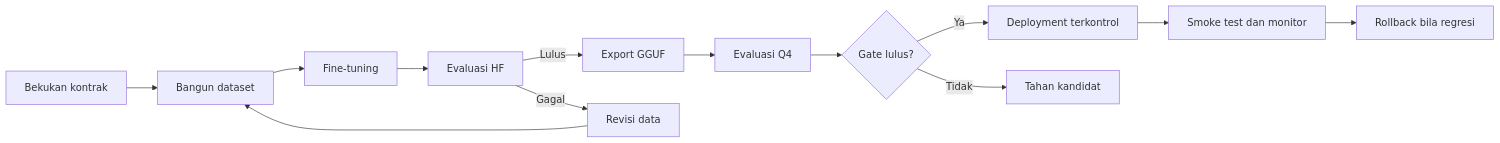
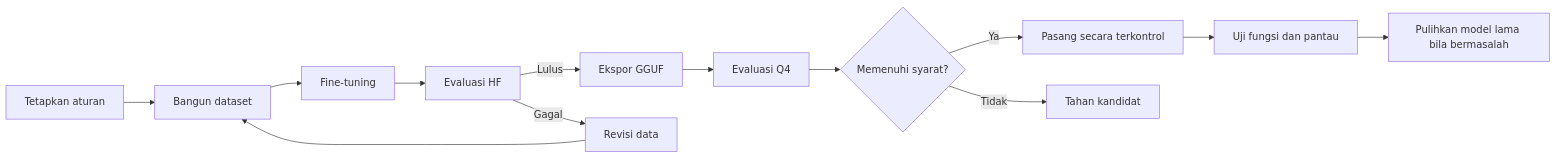
One commit to context-dteti/smartlab-assistant changed the diagram in docs/models/dataset-evaluation.md. Above: the diagram before and after it, drawn with Mermaid. The commit also changed other lines of this file and 16 other files, not shown here.

````diff
--- a/docs/models/dataset-evaluation.md
+++ b/docs/models/dataset-evaluation.md
@@ -61,18 +61,18 @@
 ```mermaid
 flowchart LR
-    accTitle: Lifecycle Model SmartLab
-    accDescr: Tahapan dari kontrak dan dataset menuju training, evaluasi frozen, kuantisasi, pengujian, deployment, dan rollback
+    accTitle: Tahapan Model SmartLab
+    accDescr: Tahapan dari penetapan aturan dan dataset menuju training, evaluasi, kuantisasi, pengujian, pemasangan, dan pemulihan model
 
-    contract[Bekukan kontrak] --> dataset[Bangun dataset]
+    contract[Tetapkan aturan] --> dataset[Bangun dataset]
     dataset --> train[Fine-tuning]
     train --> hf_eval[Evaluasi HF]
-    hf_eval -->|Lulus| export[Export GGUF]
+    hf_eval -->|Lulus| export[Ekspor GGUF]
     hf_eval -->|Gagal| revise[Revisi data]
     revise --> dataset
     export --> q4_eval[Evaluasi Q4]
-    q4_eval --> gate{Gate lulus?}
-    gate -->|Ya| deploy[Deployment terkontrol]
+    q4_eval --> gate{Memenuhi syarat?}
+    gate -->|Ya| deploy[Pasang secara terkontrol]
     gate -->|Tidak| hold[Tahan kandidat]
-    deploy --> monitor[Smoke test dan monitor]
-    monitor --> rollback[Rollback bila regresi]
+    deploy --> monitor[Uji fungsi dan pantau]
+    monitor --> rollback[Pulihkan model lama bila bermasalah]
 ```
````
